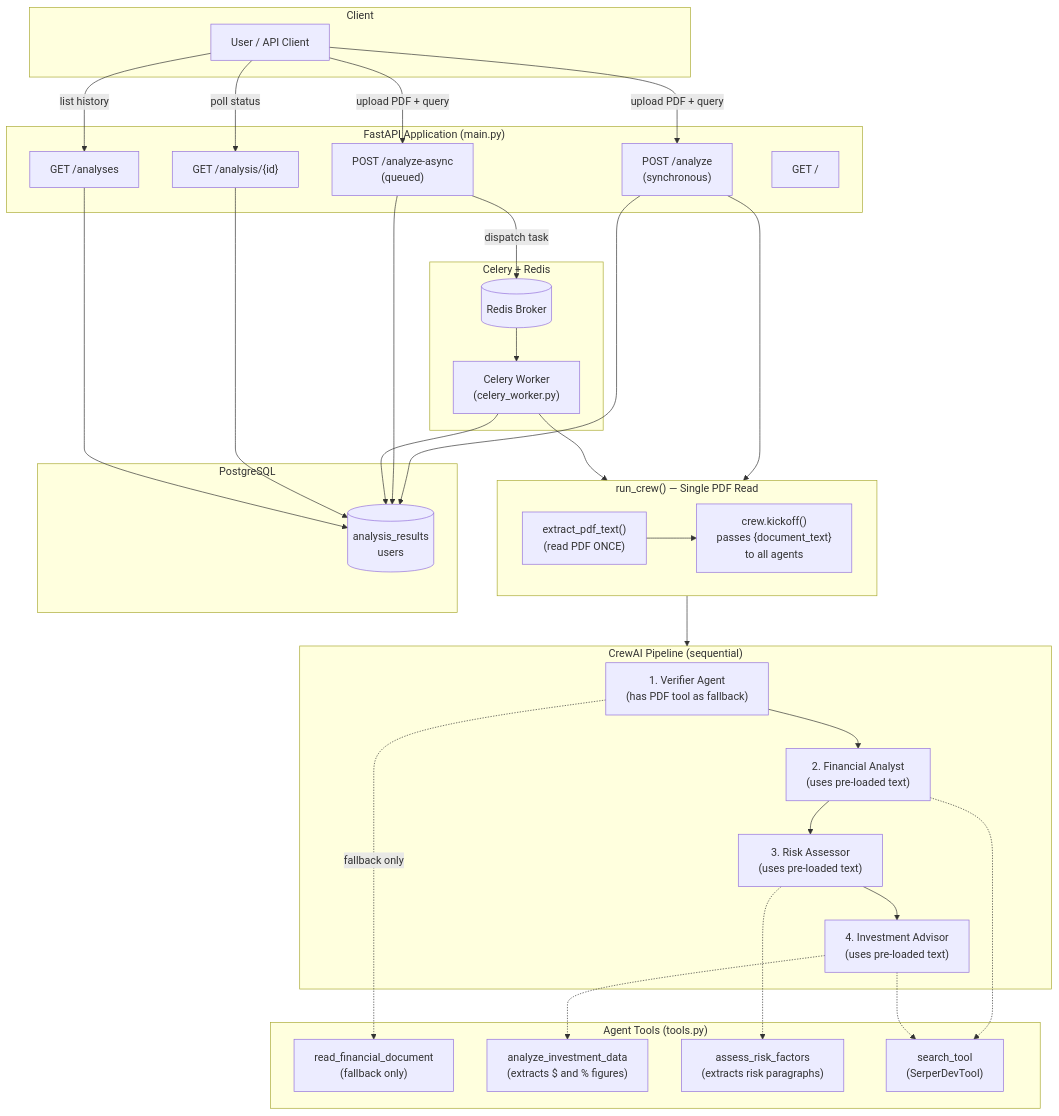
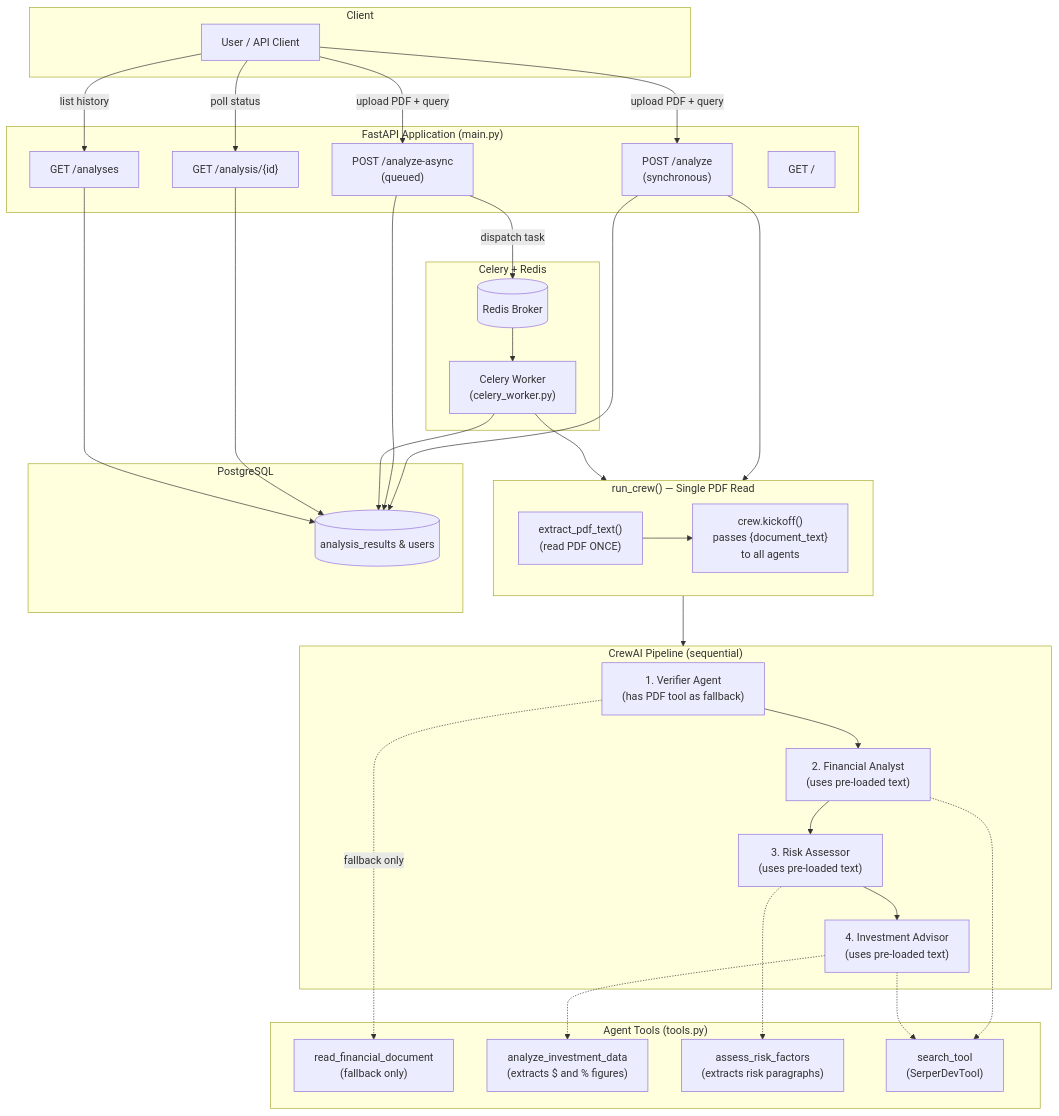
One commit to vinu0404/debug changed the diagram in README.md. Above: the diagram before and after it, drawn with Mermaid.

````diff
--- a/README.md
+++ b/README.md
@@ -11,67 +11,67 @@
 ```mermaid
 flowchart TD
     subgraph Client
         U[User / API Client]
     end
 
     subgraph FastAPI["FastAPI Application (main.py)"]
         EP_SYNC["POST /analyze\n(synchronous)"]
         EP_ASYNC["POST /analyze-async\n(queued)"]
         EP_STATUS["GET /analysis/{id}"]
         EP_LIST["GET /analyses"]
         EP_HEALTH["GET /"]
     end
 
     subgraph Orchestrator["run_crew() — Single PDF Read"]
         PDF_READ["extract_pdf_text()\n(read PDF ONCE)"]
         KICKOFF["crew.kickoff()\npasses {document_text}\nto all agents"]
         PDF_READ --> KICKOFF
     end
 
     subgraph CrewAI["CrewAI Pipeline (sequential)"]
         A1["1. Verifier Agent\n(has PDF tool as fallback)"]
         A2["2. Financial Analyst\n(uses pre-loaded text)"]
         A3["3. Risk Assessor\n(uses pre-loaded text)"]
         A4["4. Investment Advisor\n(uses pre-loaded text)"]
         A1 --> A2 --> A3 --> A4
     end
 
     subgraph Tools["Agent Tools (tools.py)"]
         T1["read_financial_document\n(fallback only)"]
         T2["analyze_investment_data\n(extracts $ and % figures)"]
         T3["assess_risk_factors\n(extracts risk paragraphs)"]
         T4["search_tool\n(SerperDevTool)"]
     end
 
     subgraph Queue["Celery + Redis"]
         CW["Celery Worker\n(celery_worker.py)"]
         RD[(Redis Broker)]
     end
 
     subgraph Database["PostgreSQL"]
-        DB[(analysis_results\nusers)]
+        DB[(analysis_results & users)]
     end
 
     U -->|upload PDF + query| EP_SYNC
     U -->|upload PDF + query| EP_ASYNC
     U -->|poll status| EP_STATUS
     U -->|list history| EP_LIST
 
     EP_SYNC --> Orchestrator
     Orchestrator --> CrewAI
     EP_ASYNC -->|dispatch task| RD
     RD --> CW
     CW --> Orchestrator
 
     A1 -.->|fallback only| T1
     A2 -.-> T4
     A3 -.-> T3
     A4 -.-> T2
     A4 -.-> T4
 
     EP_SYNC --> DB
     EP_ASYNC --> DB
     CW --> DB
     EP_STATUS --> DB
     EP_LIST --> DB
 ```
````
